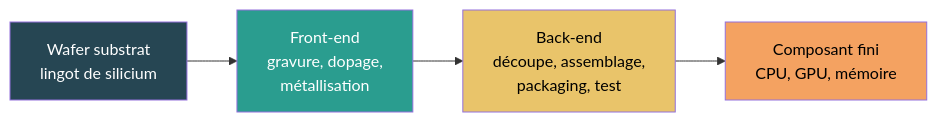
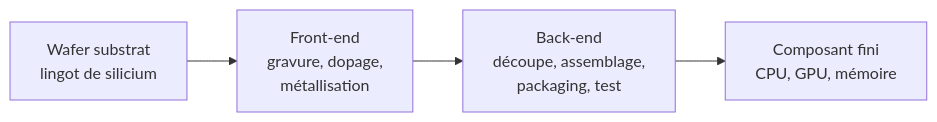
Before and after one commit to digital4better/methodology: the diagram in docs/materiel/materiaux/semi-conducteurs.md, drawn with Mermaid. The commit also changed other lines of this file and 193 other files, not shown here.

````diff
--- a/docs/materiel/materiaux/semi-conducteurs.md
+++ b/docs/materiel/materiaux/semi-conducteurs.md
@@ -39,11 +29,11 @@
 ```mermaid
 flowchart LR
     W[Wafer substrat<br>lingot de silicium] --> FE[Front-end<br>gravure, dopage,<br>métallisation]
     FE --> BE[Back-end<br>découpe, assemblage,<br>packaging, test]
     BE --> C[Composant fini<br>CPU, GPU, mémoire]
 
-    style W fill:#264653,color:#fff
-    style FE fill:#2a9d8f,color:#fff
-    style BE fill:#e9c46a,color:#000
-    style C fill:#f4a261,color:#000
+    class W d4b-navy
+    class FE d4b-blue
+    class BE d4b-sand
+    class C d4b-rose
 ```
````
